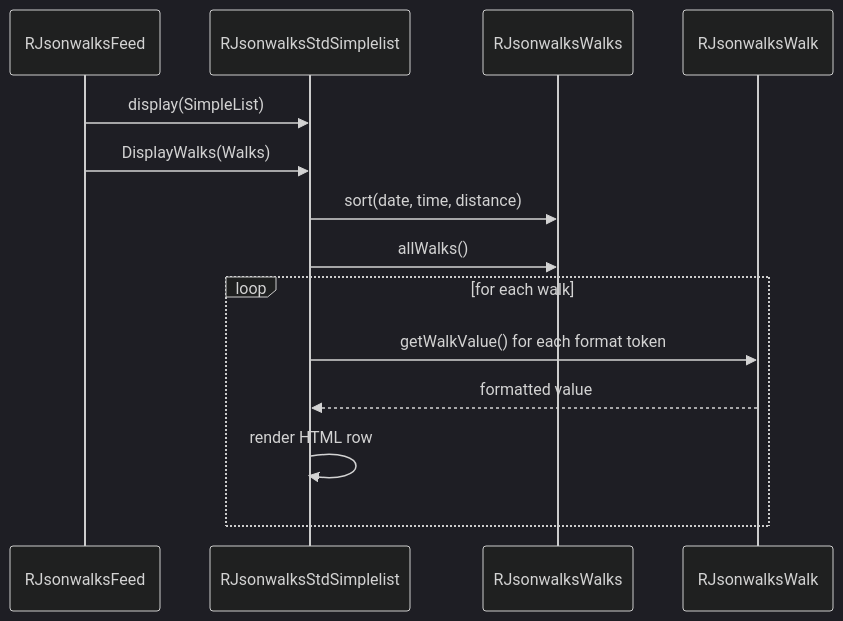
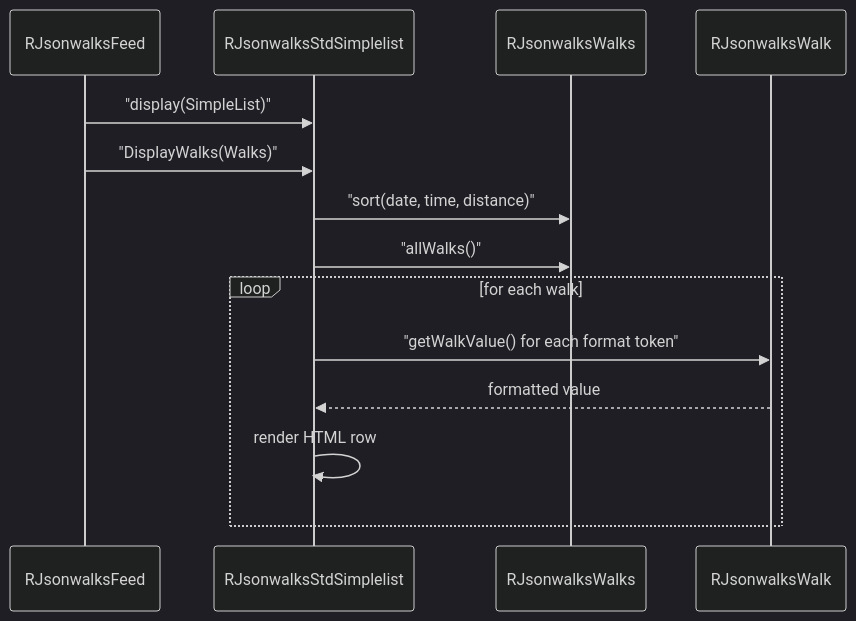
Before and after one commit to pauljrhodes/ramblers-library: the third of 3 diagrams in jsonwalks/std/HLD.md, drawn with Mermaid (dark theme). The commit also changed other lines of this file and 33 other files, not shown here.

Commit message:
Normalize Mermaid diagrams for GitHub rendering

````diff
--- a/jsonwalks/std/HLD.md
+++ b/jsonwalks/std/HLD.md
@@ -219,17 +219,17 @@
 ```mermaid
 sequenceDiagram
     participant Feed as RJsonwalksFeed
     participant SimpleList as RJsonwalksStdSimplelist
     participant Walks as RJsonwalksWalks
     participant Walk as RJsonwalksWalk
 
-    Feed->>SimpleList: display(SimpleList)
-    Feed->>SimpleList: DisplayWalks(Walks)
-    SimpleList->>Walks: sort(date, time, distance)
-    SimpleList->>Walks: allWalks()
+    Feed->>SimpleList: "display(SimpleList)"
+    Feed->>SimpleList: "DisplayWalks(Walks)"
+    SimpleList->>Walks: "sort(date, time, distance)"
+    SimpleList->>Walks: "allWalks()"
     loop for each walk
-        SimpleList->>Walk: getWalkValue() for each format token
+        SimpleList->>Walk: "getWalkValue() for each format token"
         Walk-->>SimpleList: formatted value
         SimpleList->>SimpleList: render HTML row
     end
 ```
````
